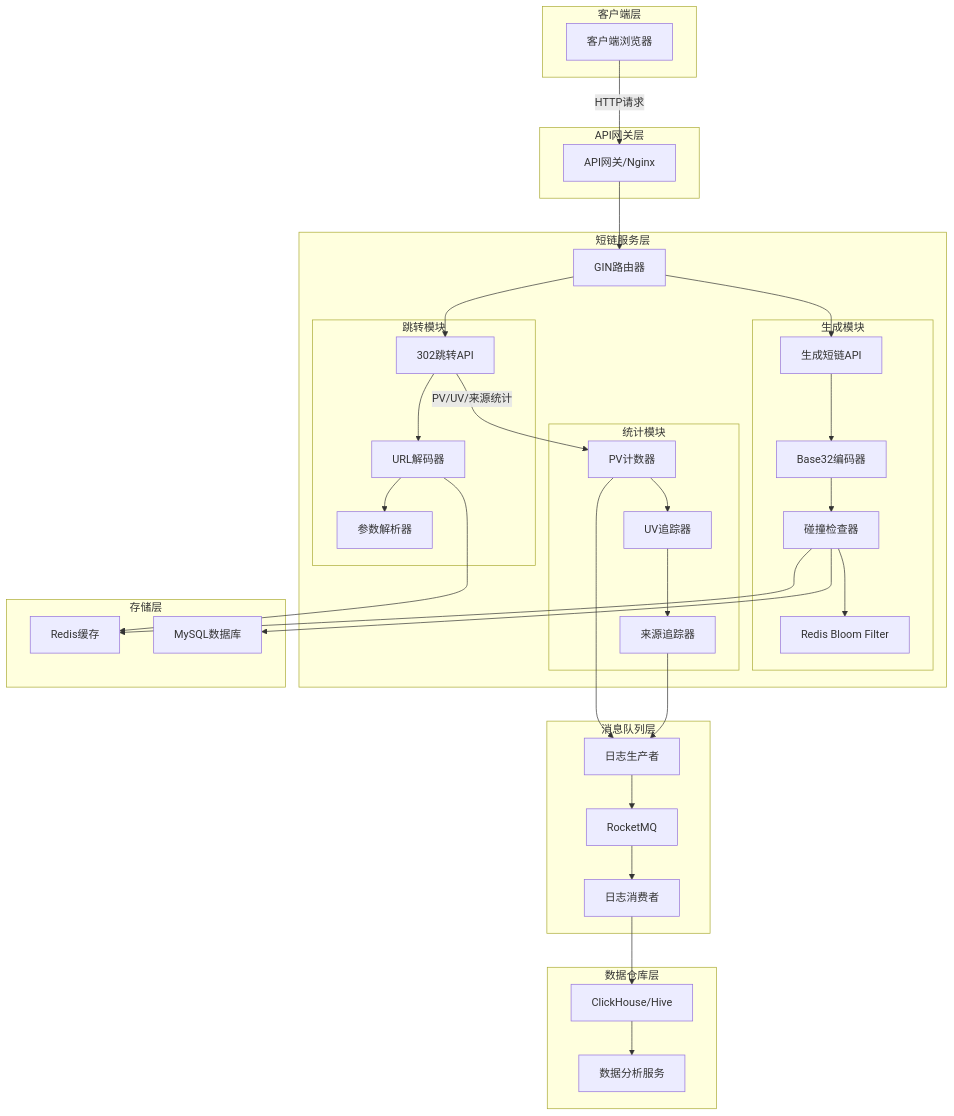
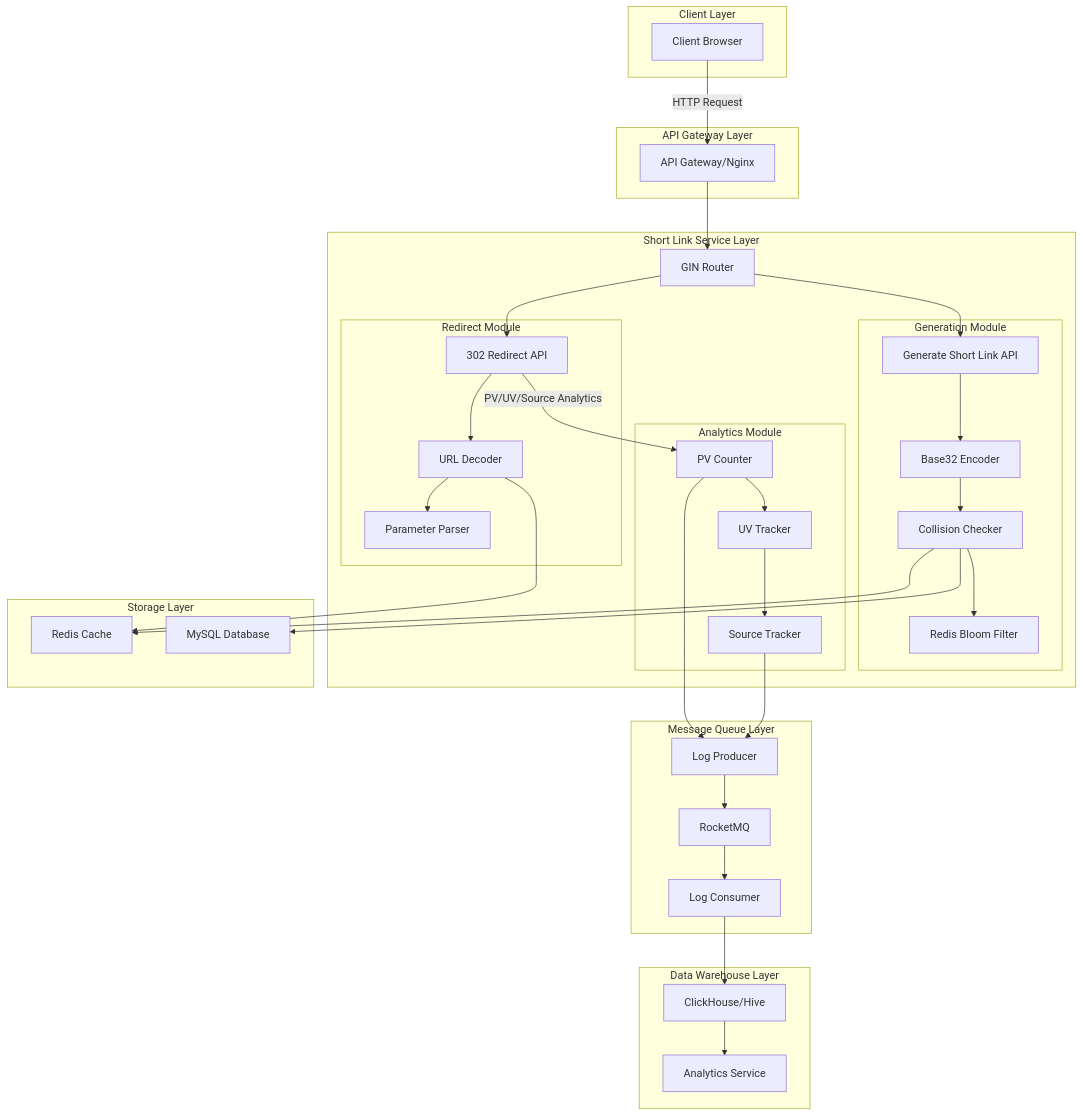
Before and after one commit to MariexAos/octopus: the first of 3 diagrams in docs/en/short-link-service-design.md, drawn with Mermaid. The commit also changed other lines of this file and 1 other file, not shown here.

````diff
--- a/docs/en/short-link-service-design.md
+++ b/docs/en/short-link-service-design.md
@@ -21,76 +21,76 @@
 ```mermaid
 graph TB
-    subgraph "客户端层"
-        Client[客户端浏览器]
+    subgraph "Client Layer"
+        Client[Client Browser]
     end
 
-    subgraph "API网关层"
-        Gateway[API网关/Nginx]
+    subgraph "API Gateway Layer"
+        Gateway[API Gateway/Nginx]
     end
 
-    subgraph "短链服务层"
-        Router[GIN路由器]
+    subgraph "Short Link Service Layer"
+        Router[GIN Router]
 
-        subgraph "生成模块"
-            GenAPI[生成短链API]
-            Encoder[Base32编码器]
-            CollisionCheck[碰撞检查器]
+        subgraph "Generation Module"
+            GenAPI[Generate Short Link API]
+            Encoder[Base32 Encoder]
+            CollisionCheck[Collision Checker]
             BloomFilter[Redis Bloom Filter]
         end
 
-        subgraph "跳转模块"
-            RedirectAPI[302跳转API]
-            URLDecoder[URL解码器]
-            ParamsParser[参数解析器]
+        subgraph "Redirect Module"
+            RedirectAPI[302 Redirect API]
+            URLDecoder[URL Decoder]
+            ParamsParser[Parameter Parser]
         end
 
-        subgraph "统计模块"
-            PVCounter[PV计数器]
-            UVTracker[UV追踪器]
-            SourceTracker[来源追踪器]
+        subgraph "Analytics Module"
+            PVCounter[PV Counter]
+            UVTracker[UV Tracker]
+            SourceTracker[Source Tracker]
         end
     end
 
-    subgraph "存储层"
-        Redis[Redis缓存]
-        MySQL[MySQL数据库]
+    subgraph "Storage Layer"
+        Redis[Redis Cache]
+        MySQL[MySQL Database]
     end
 
-    subgraph "消息队列层"
+    subgraph "Message Queue Layer"
         RocketMQ[RocketMQ]
-        Producer[日志生产者]
-        Consumer[日志消费者]
+        Producer[Log Producer]
+        Consumer[Log Consumer]
     end
 
-    subgraph "数据仓库层"
+    subgraph "Data Warehouse Layer"
         DataWarehouse[ClickHouse/Hive]
-        Analytics[数据分析服务]
+        Analytics[Analytics Service]
     end
 
-    Client -->|HTTP请求| Gateway
+    Client -->|HTTP Request| Gateway
     Gateway --> Router
     Router --> GenAPI
     Router --> RedirectAPI
 
     GenAPI --> Encoder
     Encoder --> CollisionCheck
     CollisionCheck --> BloomFilter
     CollisionCheck --> Redis
     CollisionCheck --> MySQL
 
     RedirectAPI --> URLDecoder
     URLDecoder --> Redis
     URLDecoder --> ParamsParser
 
-    RedirectAPI -->|PV/UV/来源统计| PVCounter
+    RedirectAPI -->|PV/UV/Source Analytics| PVCounter
     PVCounter --> UVTracker
     UVTracker --> SourceTracker
 
     PVCounter --> Producer
     SourceTracker --> Producer
 
     Producer --> RocketMQ
     RocketMQ --> Consumer
     Consumer --> DataWarehouse
     DataWarehouse --> Analytics
 ```
````
